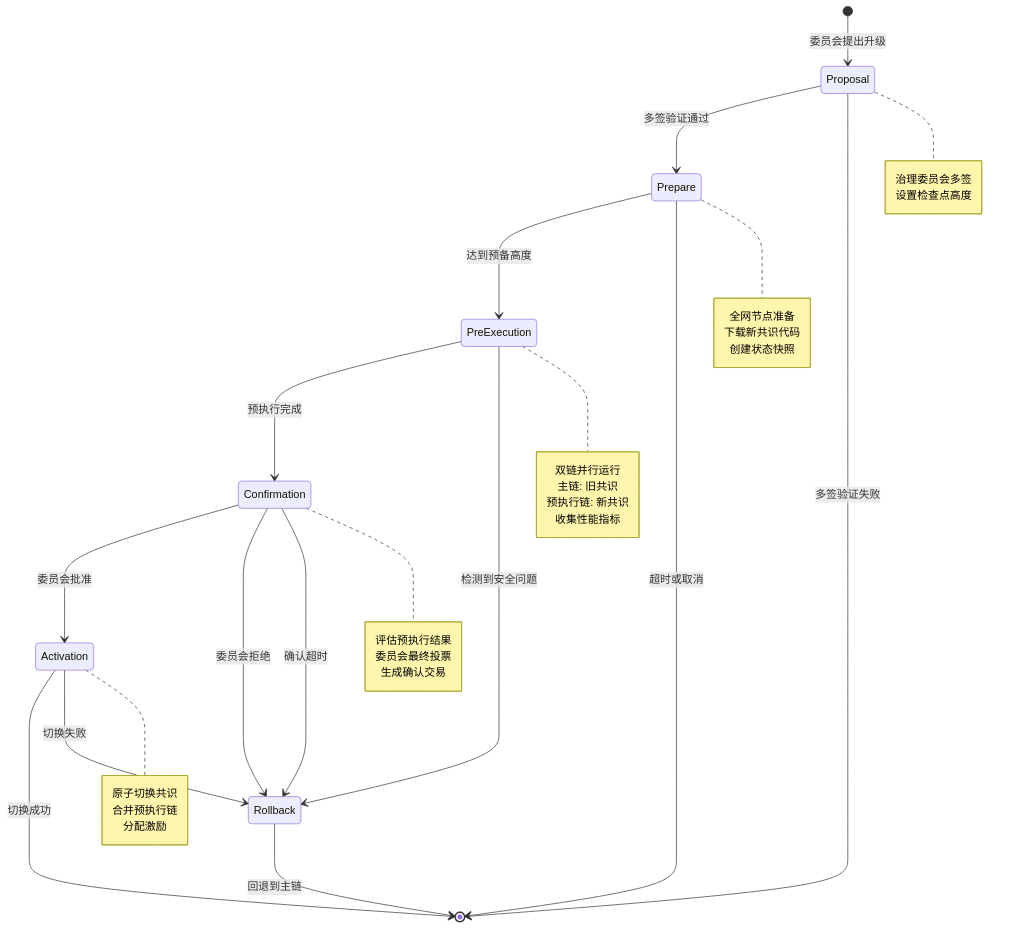
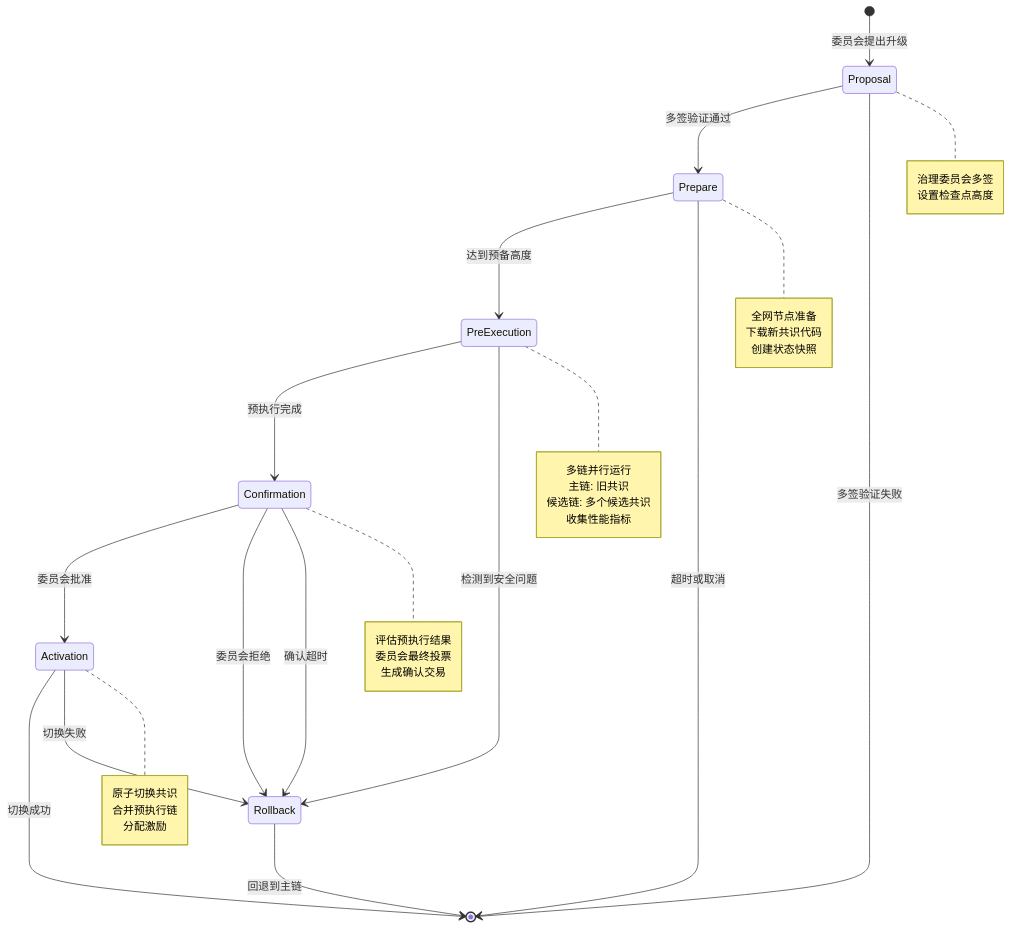
Before and after one commit to alanbuaa/pot: the second of 3 diagrams in docs/upgrade_plan/upgrade-protocol-academic.md, drawn with Mermaid. The commit also changed other lines of this file and 34 other files, not shown here.

````diff
--- a/docs/upgrade_plan/upgrade-protocol-academic.md
+++ b/docs/upgrade_plan/upgrade-protocol-academic.md
@@ -1023,52 +1171,52 @@
 ```mermaid
 stateDiagram-v2
     [*] --> Proposal: 委员会提出升级
     
     Proposal --> Prepare: 多签验证通过
     Proposal --> [*]: 多签验证失败
     
     Prepare --> PreExecution: 达到预备高度
     Prepare --> [*]: 超时或取消
     
     PreExecution --> Confirmation: 预执行完成
     PreExecution --> Rollback: 检测到安全问题
     
     Confirmation --> Activation: 委员会批准
     Confirmation --> Rollback: 委员会拒绝
     Confirmation --> Rollback: 确认超时
     
     Activation --> [*]: 切换成功
     Activation --> Rollback: 切换失败
     
     Rollback --> [*]: 回退到主链
     
     note right of Proposal
         治理委员会多签
         设置检查点高度
     end note
     
     note right of Prepare
         全网节点准备
         下载新共识代码
         创建状态快照
     end note
     
     note right of PreExecution
-        双链并行运行
+        多链并行运行
         主链: 旧共识
-        预执行链: 新共识
+        候选链: 多个候选共识
         收集性能指标
     end note
     
     note right of Confirmation
         评估预执行结果
         委员会最终投票
         生成确认交易
     end note
     
     note right of Activation
         原子切换共识
         合并预执行链
         分配激励
     end note
 ```
````
